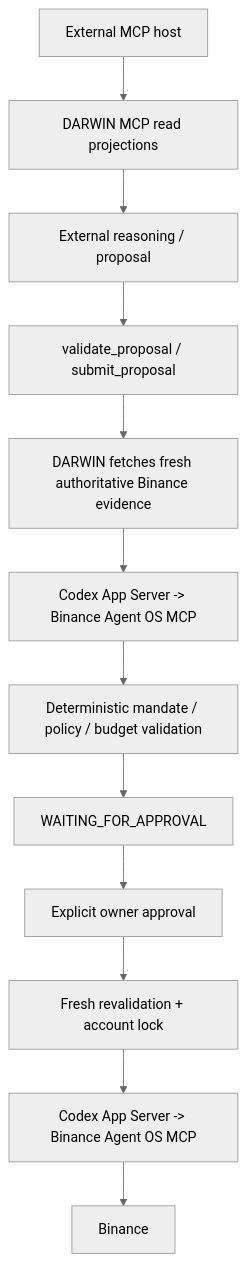
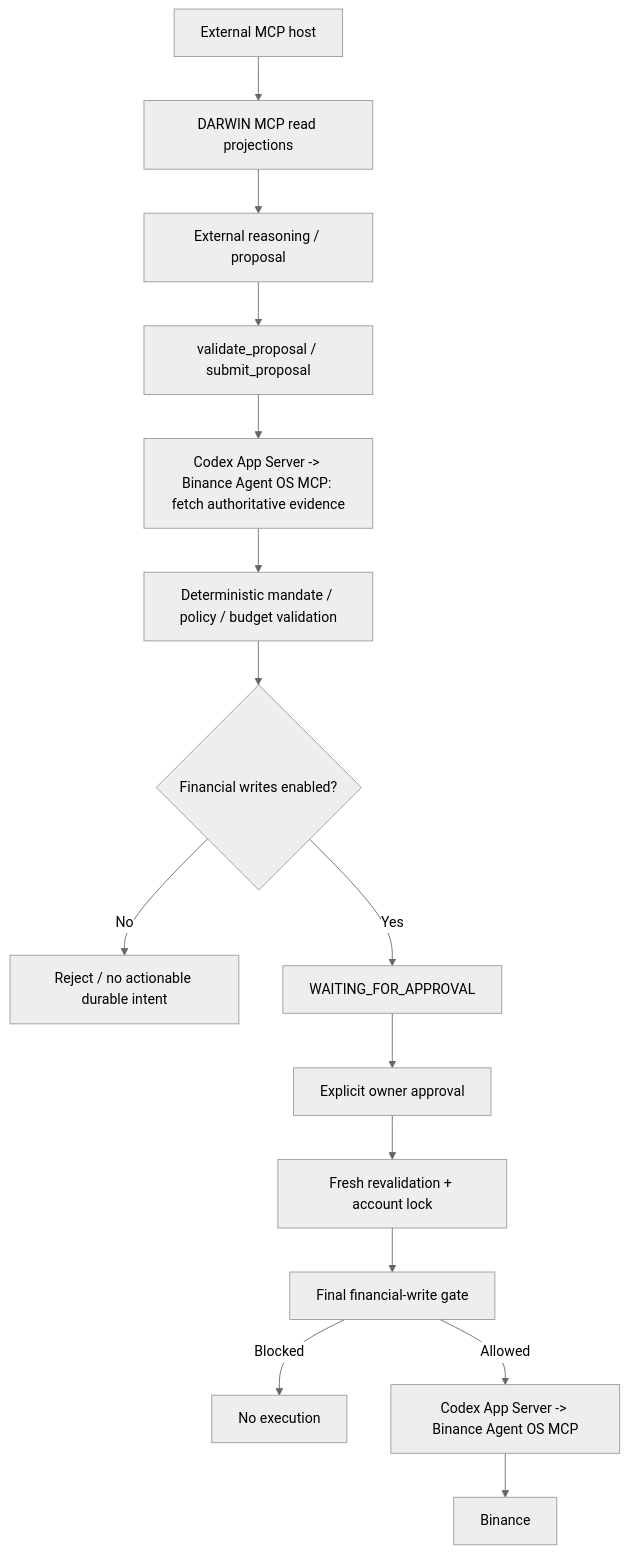
One commit to riyannode/DARWIN changed the second of 2 diagrams in docs/ARCHITECTURE.md. Above: the diagram before and after it, drawn with Mermaid (neutral theme). The commit also changed other lines of this file, not shown here.

Commit message:
docs: clarify financial write gates

````diff
--- a/docs/ARCHITECTURE.md
+++ b/docs/ARCHITECTURE.md
@@ -34,14 +38,17 @@
 ```mermaid
 flowchart TD
     H[External MCP host] --> I[DARWIN MCP read projections]
     I --> P[External reasoning / proposal]
     P --> V[validate_proposal / submit_proposal]
-    V --> E[DARWIN fetches fresh authoritative Binance evidence]
-    E --> C[Codex App Server -> Binance Agent OS MCP]
+    V --> C[Codex App Server -> Binance Agent OS MCP: fetch authoritative evidence]
     C --> D[Deterministic mandate / policy / budget validation]
-    D --> W[WAITING_FOR_APPROVAL]
+    D --> F{Financial writes enabled?}
+    F -->|No| N[Reject / no actionable durable intent]
+    F -->|Yes| W[WAITING_FOR_APPROVAL]
     W --> O[Explicit owner approval]
     O --> Q[Fresh revalidation + account lock]
-    Q --> X[Codex App Server -> Binance Agent OS MCP]
+    Q --> Z[Final financial-write gate]
+    Z -->|Blocked| K[No execution]
+    Z -->|Allowed| X[Codex App Server -> Binance Agent OS MCP]
     X --> B[Binance]
 ```
````
